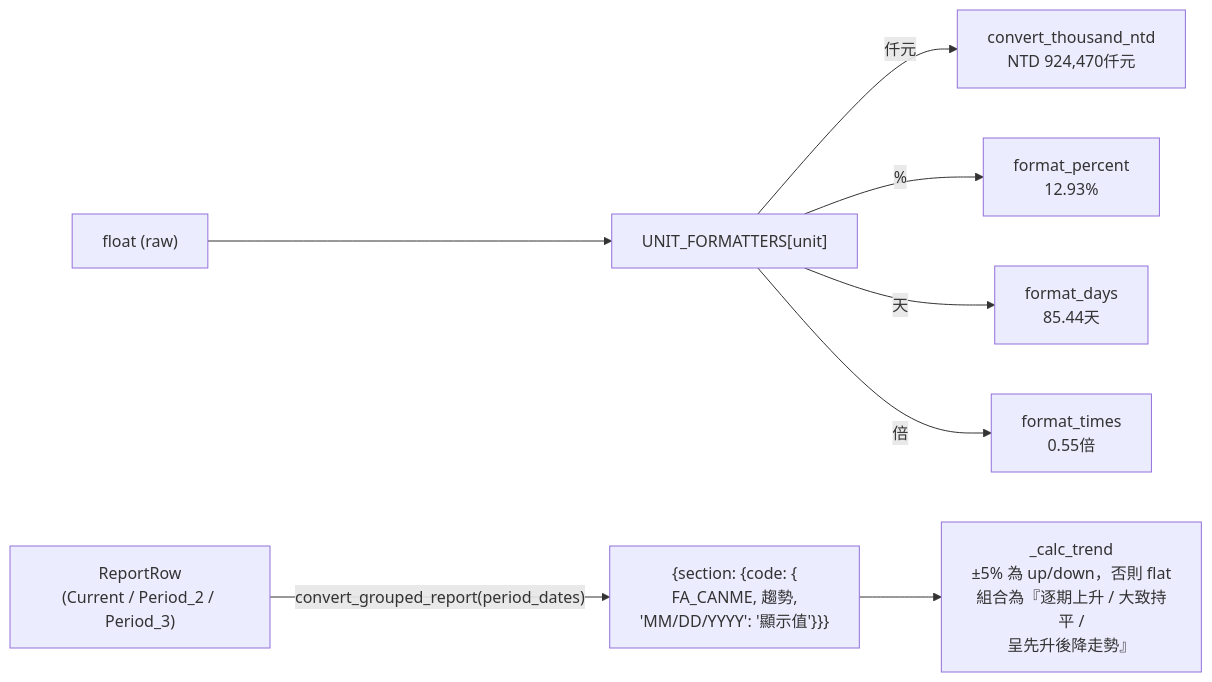
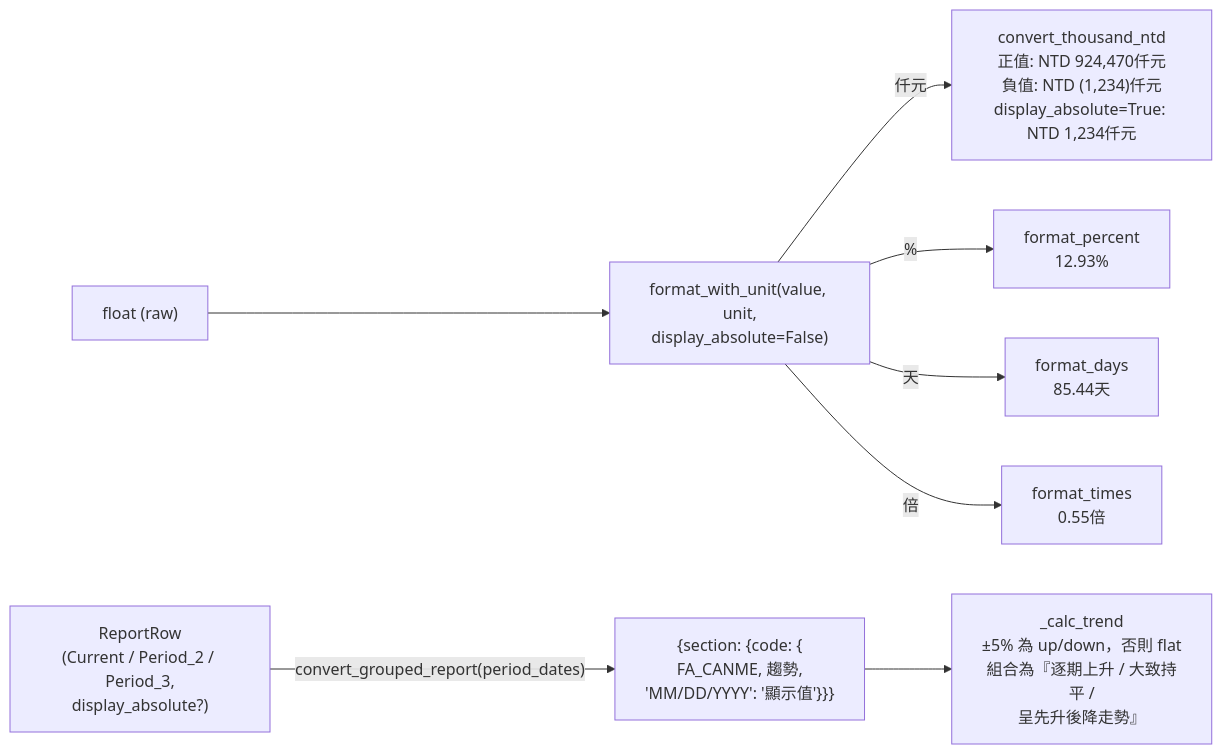
The fifth of 5 diagrams in README.md (xian-ai-1057/risk_engine), drawn with Mermaid before and after one commit. The commit also changed other lines of this file and 85 other files, not shown here.

````diff
--- a/README.md
+++ b/README.md
@@ -576,10 +608,10 @@
 ```mermaid
 flowchart LR
-    R["float (raw)"] --> UF["UNIT_FORMATTERS[unit]"]
-    UF -->|仟元| F1["convert_thousand_ntd<br/>NTD 924,470仟元"]
-    UF -->|%| F2["format_percent<br/>12.93%"]
-    UF -->|天| F3["format_days<br/>85.44天"]
-    UF -->|倍| F4["format_times<br/>0.55倍"]
-    RR["ReportRow<br/>(Current / Period_2 / Period_3)"] -->|"convert_grouped_report(period_dates)"| GR["{section: {code: {<br/>FA_CANME, 趨勢,<br/>'MM/DD/YYYY': '顯示值'}}}"]
+    R["float (raw)"] --> FWU["format_with_unit(value, unit,<br/>display_absolute=False)"]
+    FWU -->|仟元| F1["convert_thousand_ntd<br/>正值: NTD 924,470仟元<br/>負值: NTD (1,234)仟元<br/>display_absolute=True: NTD 1,234仟元"]
+    FWU -->|%| F2["format_percent<br/>12.93%"]
+    FWU -->|天| F3["format_days<br/>85.44天"]
+    FWU -->|倍| F4["format_times<br/>0.55倍"]
+    RR["ReportRow<br/>(Current / Period_2 / Period_3,<br/>display_absolute?)"] -->|"convert_grouped_report(period_dates)"| GR["{section: {code: {<br/>FA_CANME, 趨勢,<br/>'MM/DD/YYYY': '顯示值'}}}"]
     GR --> T["_calc_trend<br/>±5% 為 up/down，否則 flat<br/>組合為『逐期上升 / 大致持平 /<br/>呈先升後降走勢』"]
 ```
````
